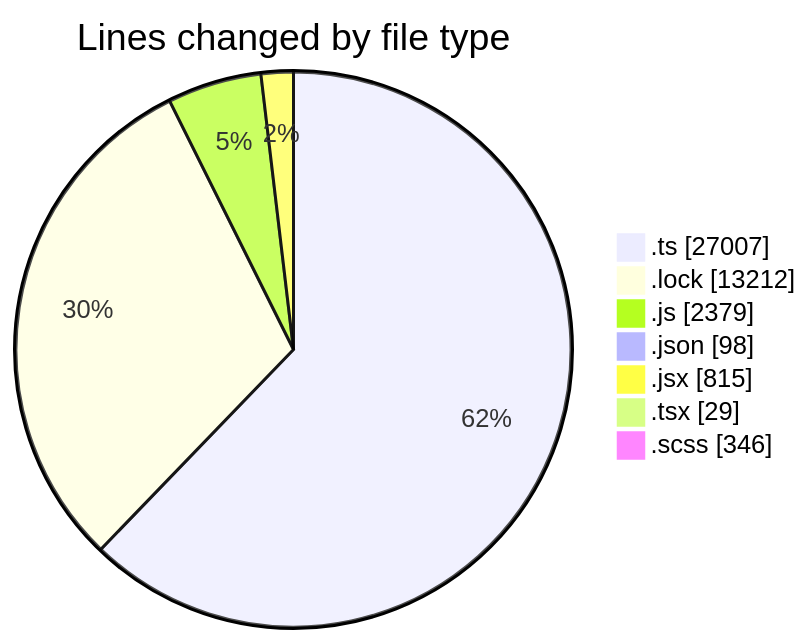
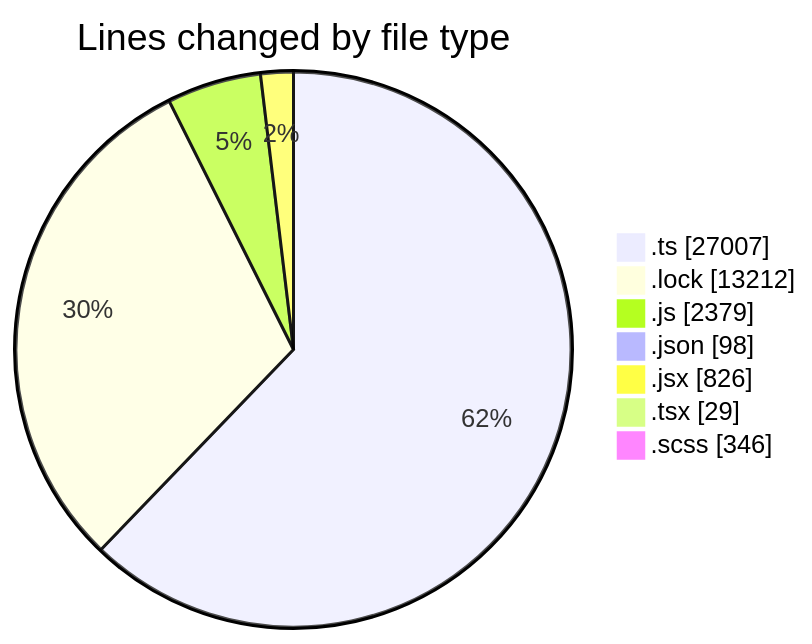
Before and after one commit to momahboobian/code-tracking: the first of 2 diagrams in 2025-05-16/cda/README.md, drawn with Mermaid. The commit also changed other lines of this file and 1 other file, not shown here.

````diff
--- a/2025-05-16/cda/README.md
+++ b/2025-05-16/cda/README.md
@@ -44,11 +44,11 @@
 ```mermaid
 pie showData
 title Lines changed by file type
 ".ts" : 27007
 ".lock" : 13212
 ".js" : 2379
 ".json" : 98
-".jsx" : 815
+".jsx" : 826
 ".tsx" : 29
 ".scss" : 346
 ```
````
